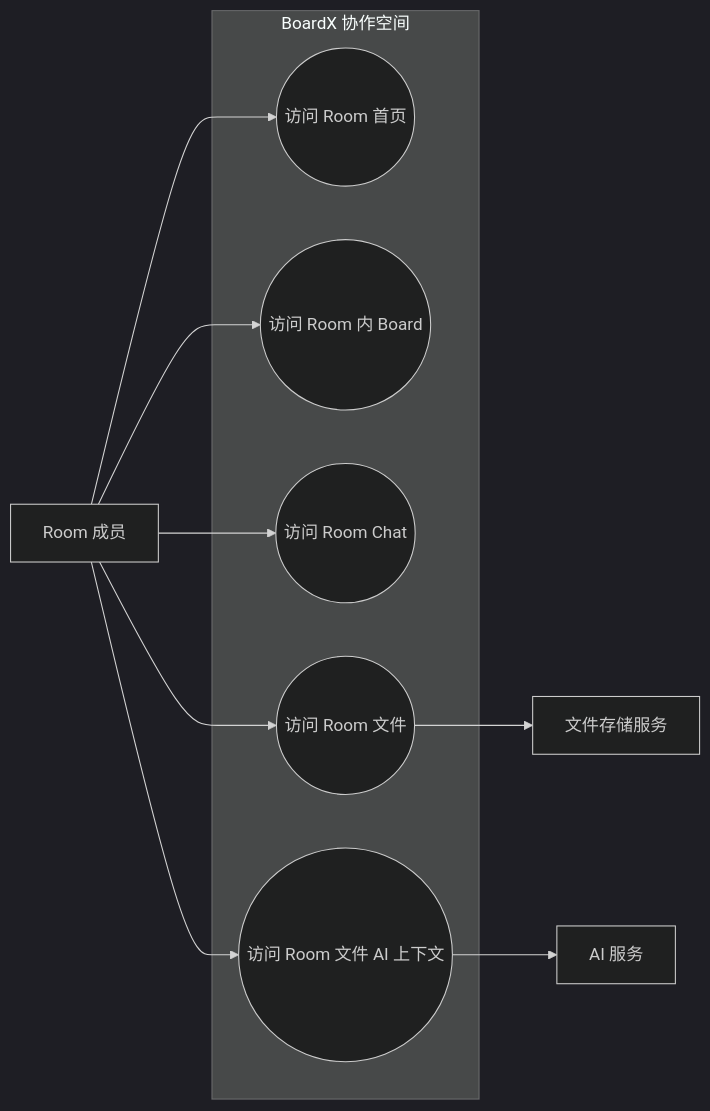
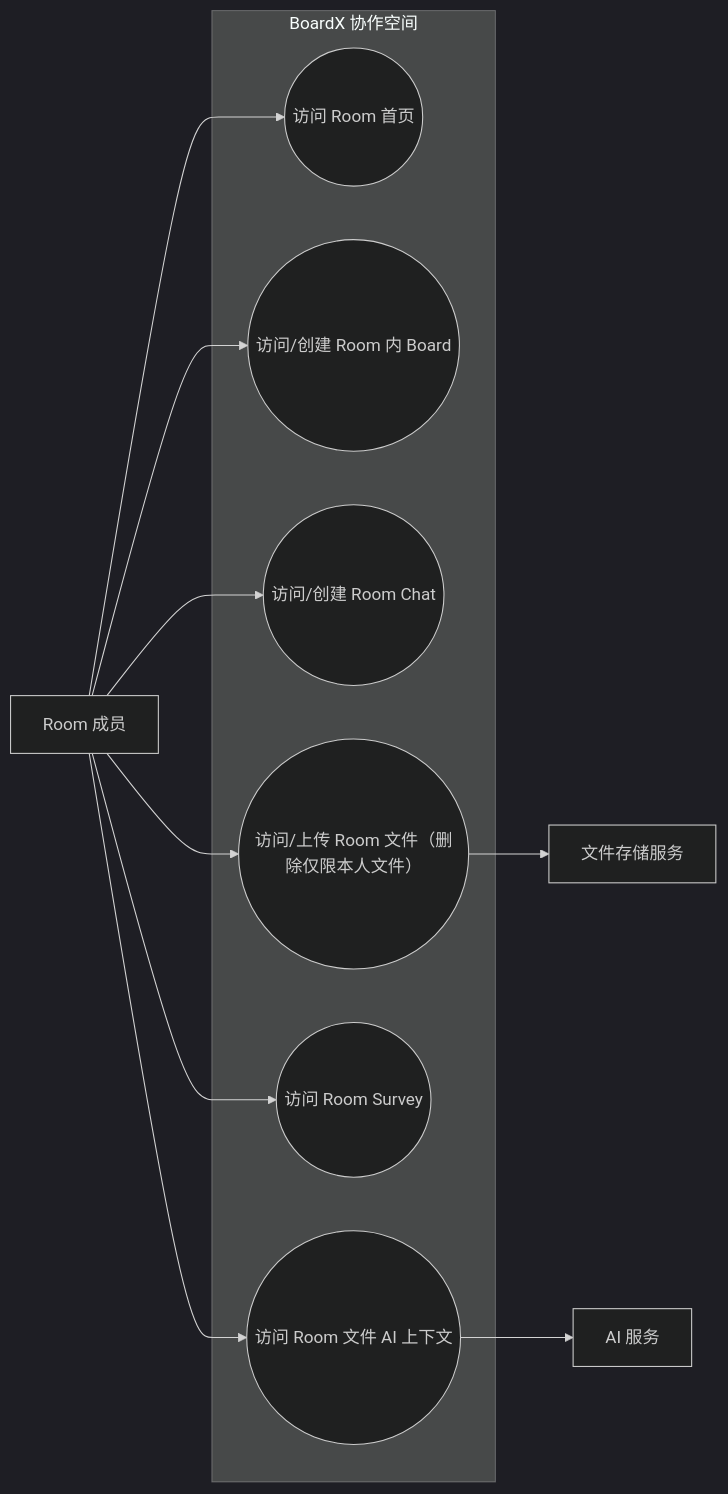
One commit to boardx/boardx-dev-template changed the diagram in phases/requirements/role-diagrams/room-member.md. Above: the diagram before and after it, drawn with Mermaid (dark theme). The commit also changed other lines of this file and 10 other files, not shown here.

````diff
--- a/phases/requirements/role-diagrams/room-member.md
+++ b/phases/requirements/role-diagrams/room-member.md
@@ -5,23 +7,25 @@
 ```mermaid
 flowchart LR
   RoomMember["Room 成员"]
   Storage["文件存储服务"]
   AI["AI 服务"]
 
   subgraph BoardX["BoardX 协作空间"]
     RoomHome(("访问 Room 首页"))
-    RoomBoard(("访问 Room 内 Board"))
-    RoomChat(("访问 Room Chat"))
-    RoomFiles(("访问 Room 文件"))
+    RoomBoard(("访问/创建 Room 内 Board"))
+    RoomChat(("访问/创建 Room Chat"))
+    RoomFiles(("访问/上传 Room 文件（删除仅限本人文件）"))
+    RoomSurvey(("访问 Room Survey"))
     RoomAIContext(("访问 Room 文件 AI 上下文"))
   end
 
   RoomMember --> RoomHome
   RoomMember --> RoomBoard
   RoomMember --> RoomChat
   RoomMember --> RoomFiles
+  RoomMember --> RoomSurvey
   RoomMember --> RoomAIContext
 
   RoomFiles --> Storage
   RoomAIContext --> AI
 ```
````
